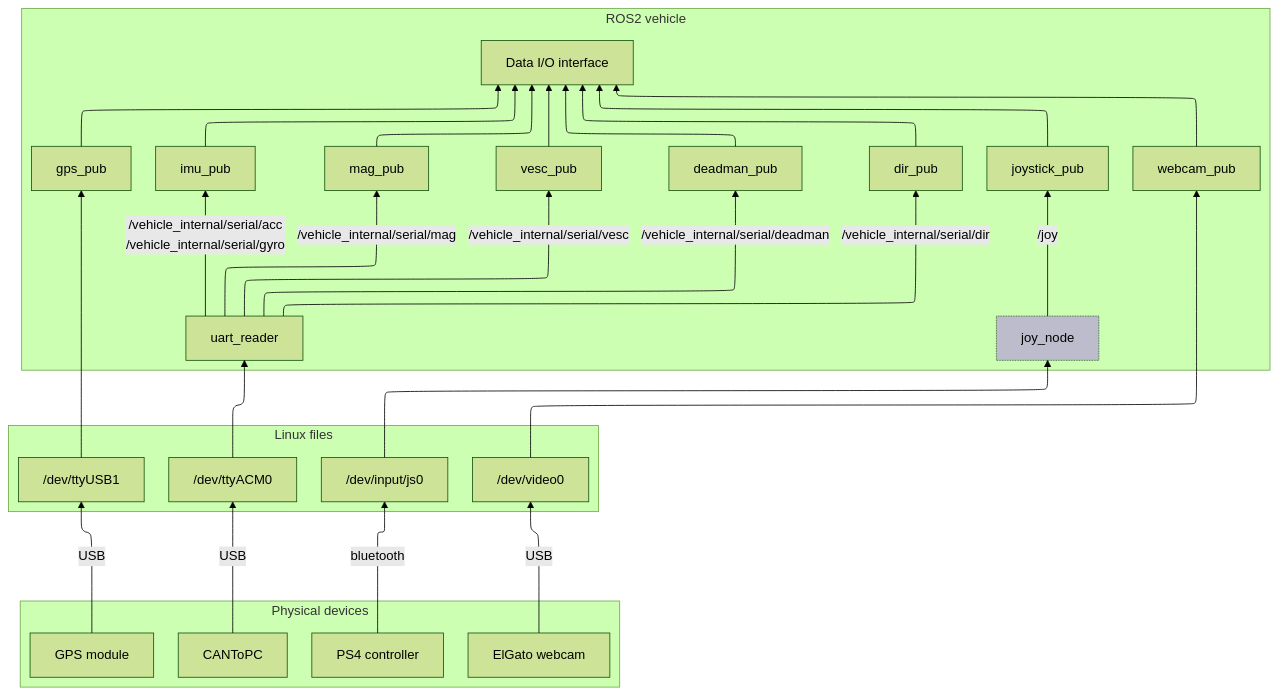
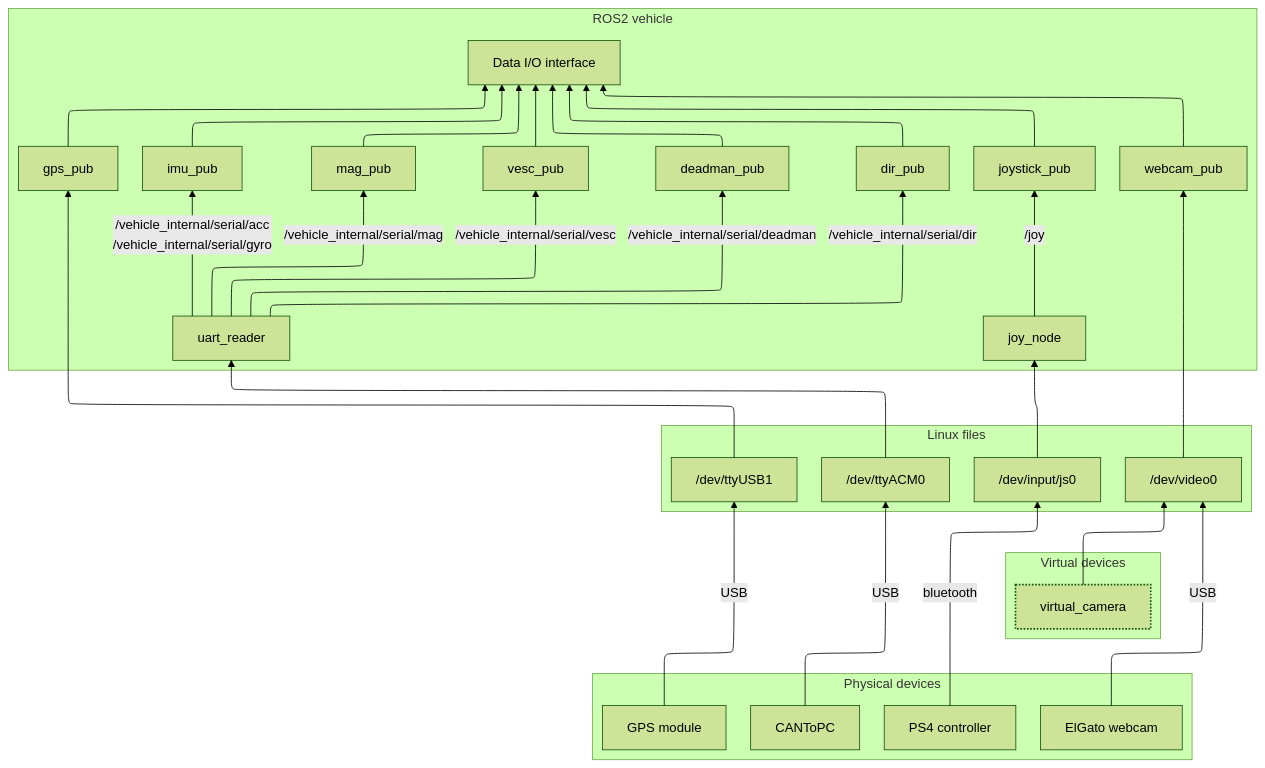
Before and after one commit to TecnicoFuelCell/autonomous-systems-vehicle: the second of 2 diagrams in README.md, drawn with Mermaid (forest theme). The commit also changed other lines of this file and 10 other files, not shown here.

Commit message:
feat: virtual camera node for emulation

````diff
--- a/README.md
+++ b/README.md
@@ -38,72 +38,76 @@
 ```mermaid
 ---
 config:
   layout: elk
 ---
 flowchart BT
  subgraph s1["ROS2 vehicle"]
         n1["deadman_pub"]
         n2["dir_pub"]
         n3["gps_pub"]
         n4["imu_pub"]
         n5["joystick_pub"]
         n6["mag_pub"]
         n7["uart_reader"]
         n8["vesc_pub"]
         n9["webcam_pub"]
         n12["joy_node"]
         n19["Data I/O interface"]
   end
  subgraph s2["Linux files"]
         n10["/dev/ttyUSB1"]
         n11["/dev/input/js0"]
         n13["/dev/ttyACM0"]
         n14["/dev/video0"]
   end
  subgraph s3["Physical devices"]
         n15["GPS module"]
         n16["PS4 controller"]
         n17["CANToPC"]
         n18["ElGato webcam"]
   end
+ subgraph s4["Virtual devices"]
+        n21["virtual_camera"]
+  end
     n7 -- /vehicle_internal/serial/acc <br>/vehicle_internal/serial/gyro --> n4
     n7 -- /vehicle_internal/serial/dir --> n2
     n7 -- /vehicle_internal/serial/deadman --> n1
     n7 -- /vehicle_internal/serial/vesc --> n8
     n7 -- /vehicle_internal/serial/mag --> n6
     n11 --> n12
     n13 --> n7
     n12 -- /joy --> n5
     n14 --> n9
     n10 --> n3
     n15 -- USB --> n10
     n16 -- bluetooth --> n11
     n17 -- USB --> n13
     n18 -- USB --> n14
     n3 --> n19
     n5 --> n19
     n9 --> n19
     n6 --> n19
     n8 --> n19
     n1 --> n19
     n2 --> n19
     n4 --> n19
+    n21 --> n14
 
     n2@{ shape: rect}
     n3@{ shape: rect}
     n4@{ shape: rect}
     n5@{ shape: rect}
     n6@{ shape: rect}
     n7@{ shape: rect}
     n8@{ shape: rect}
     n9@{ shape: rect}
     n19@{ shape: rect}
     n10@{ shape: rect}
     n11@{ shape: rect}
     n13@{ shape: rect}
     n15@{ shape: rect}
     n16@{ shape: rect}
     n17@{ shape: rect}
     n18@{ shape: rect}
-    style n12 fill:#BDBCCC,stroke-width:1px,stroke-dasharray: 1
+    style n21 stroke-width:2px,stroke-dasharray: 2
 ```
````
